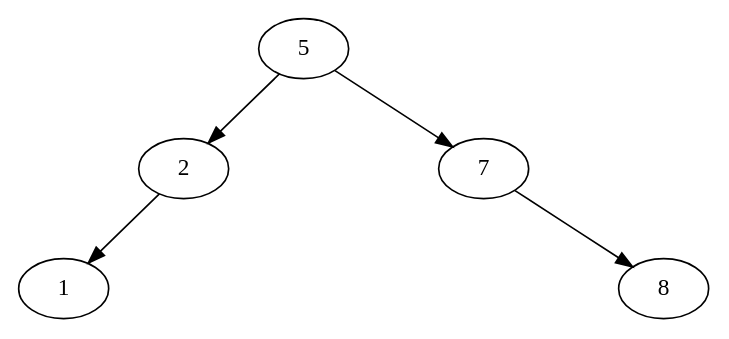
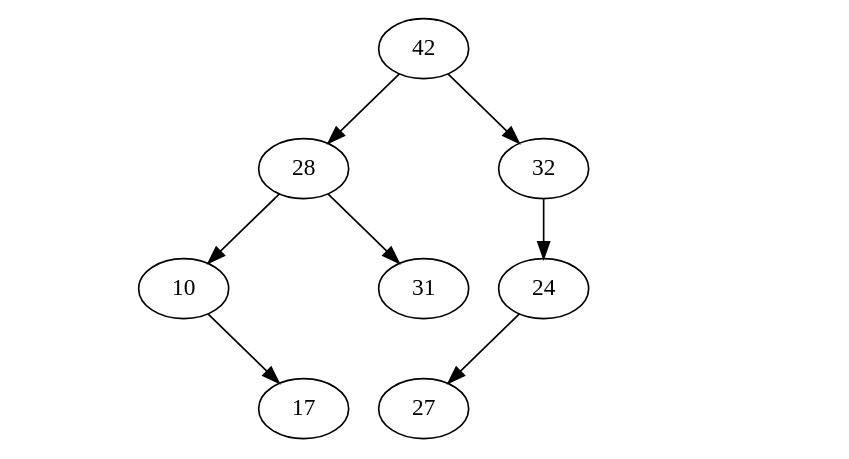
One commit to fabricenativel/cpge-info changed the diagram in docs/mp2i/Evaluations/DS/DS4/temp.gv. Above: the diagram before and after it, drawn with Graphviz. The commit also changed 21 other files, not shown here.

```diff
--- a/docs/mp2i/Evaluations/DS/DS4/temp.gv
+++ b/docs/mp2i/Evaluations/DS/DS4/temp.gv
@@ -1,16 +1,25 @@
 digraph mygraph {
-5 -> 2
+42 -> 28
 I0 [style=invis]
- 5 -> I0 [style=invis]
-5 -> 7
-2 -> 1
+ 42 -> I0 [style=invis]
+42 -> 32
+28 -> 10
 I1 [style=invis]
- 2 -> I1 [style=invis]
+ 28 -> I1 [style=invis]
+28 -> 31
 I2 [style=invis]
- 2 -> I2 [style=invis]
+ 10 -> I2 [style=invis]
 I3 [style=invis]
- 7 -> I3 [style=invis]
+ 10 -> I3 [style=invis]
+10 -> 17
+32 -> 24
 I4 [style=invis]
- 7 -> I4 [style=invis]
-7 -> 8
+ 32 -> I4 [style=invis]
+I5 [style=invis]
+ 32 -> I5 [style=invis]
+24 -> 27
+I6 [style=invis]
+ 24 -> I6 [style=invis]
+I7 [style=invis]
+ 24 -> I7 [style=invis]
 }
```
